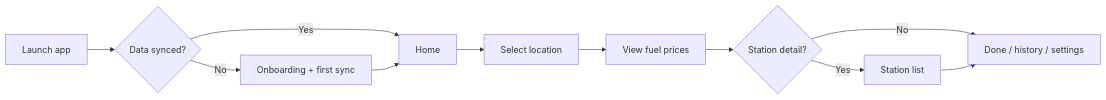
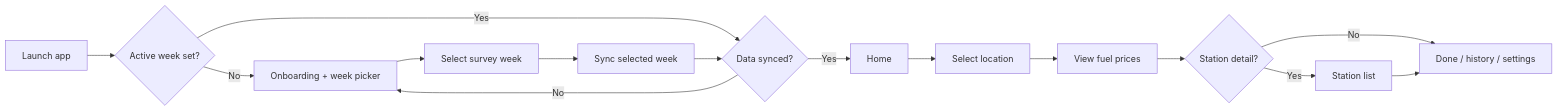
Before and after one commit to AlexandreZanata/TABELA-ANP-COMBUSTIVEIS: the first of 2 diagrams in docs/user-business-logic.md, drawn with Mermaid. The commit also changed other lines of this file and 10 other files, not shown here.

````diff
--- a/docs/user-business-logic.md
+++ b/docs/user-business-logic.md
@@ -40,13 +40,17 @@
 ```mermaid
 flowchart LR
-    A[Launch app] --> B{Data synced?}
-    B -->|No| C[Onboarding + first sync]
-    B -->|Yes| D[Home]
-    C --> D
-    D --> E[Select location]
-    E --> F[View fuel prices]
-    F --> G{Station detail?}
-    G -->|Yes| H[Station list]
-    G -->|No| I[Done / history / settings]
-    H --> I
+    A[Launch app] --> B{Active week set?}
+    B -->|No| C[Onboarding + week picker]
+    B -->|Yes| D{Data synced?}
+    C --> W[Select survey week]
+    W --> S[Sync selected week]
+    S --> D
+    D -->|No| C
+    D -->|Yes| E[Home]
+    E --> F[Select location]
+    F --> G[View fuel prices]
+    G --> H{Station detail?}
+    H -->|Yes| I[Station list]
+    H -->|No| J[Done / history / settings]
+    I --> J
 ```
````
